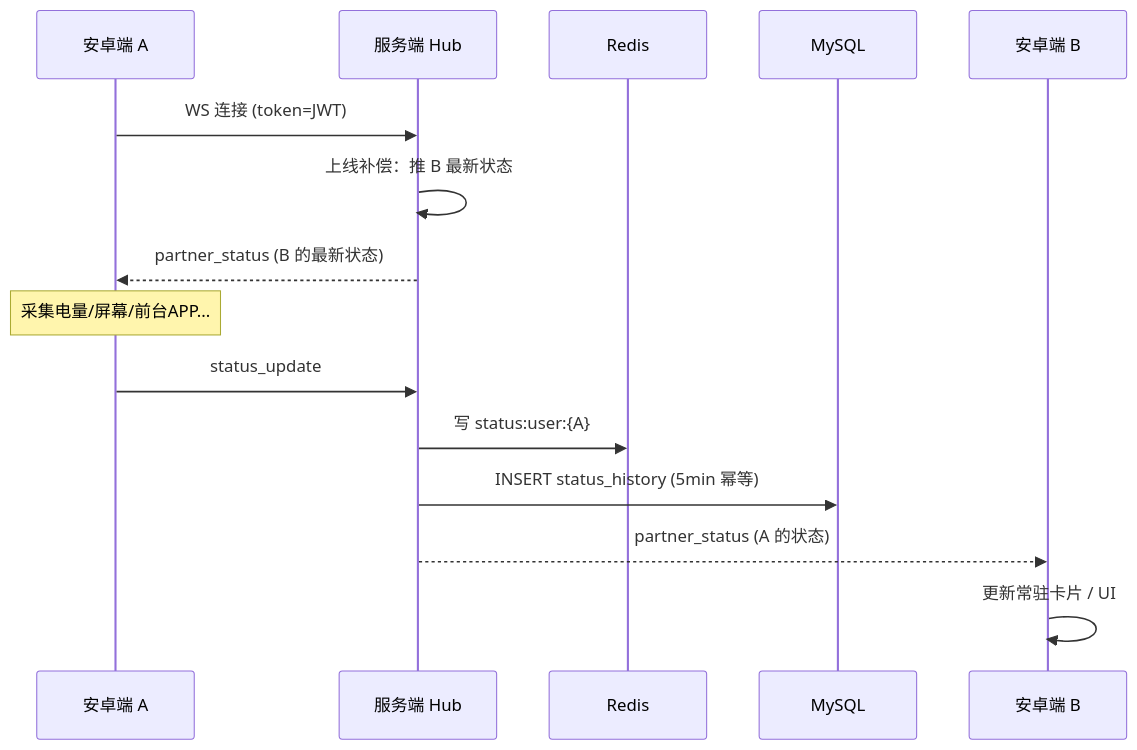
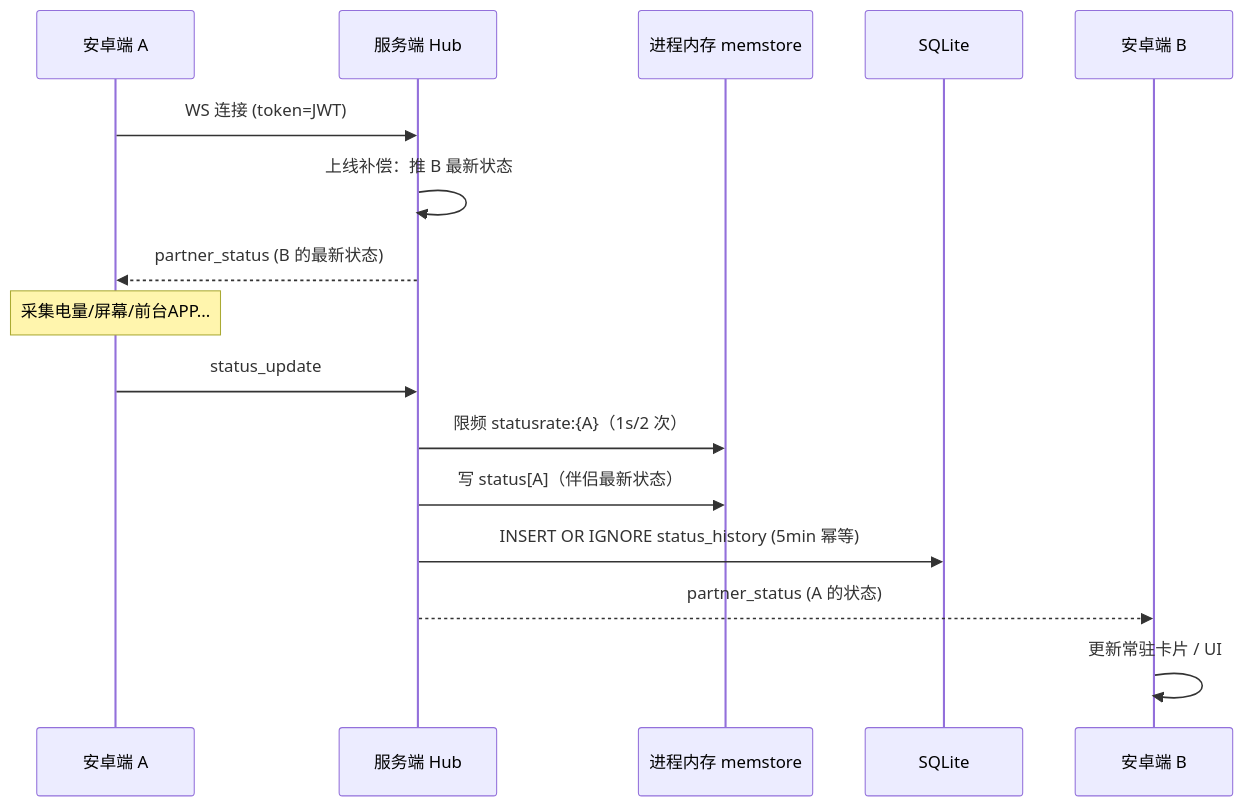
Before and after one commit to Lxii-Build/LxDay: the fifth of 10 diagrams in ARCHITECTURE.md, drawn with Mermaid. The commit also changed other lines of this file and 5 other files, not shown here.

````diff
--- a/ARCHITECTURE.md
+++ b/ARCHITECTURE.md
@@ -187,18 +474,19 @@
 ```mermaid
 sequenceDiagram
     participant A as 安卓端 A
     participant WS as 服务端 Hub
-    participant R as Redis
-    participant M as MySQL
+    participant R as 进程内存 memstore
+    participant M as SQLite
     participant B as 安卓端 B
 
     A->>WS: WS 连接 (token=JWT)
     WS->>WS: 上线补偿：推 B 最新状态
     WS-->>A: partner_status (B 的最新状态)
     Note over A: 采集电量/屏幕/前台APP...
     A->>WS: status_update
-    WS->>R: 写 status:user:{A}
-    WS->>M: INSERT status_history (5min 幂等)
+    WS->>R: 限频 statusrate:{A}（1s/2 次）
+    WS->>R: 写 status[A]（伴侣最新状态）
+    WS->>M: INSERT OR IGNORE status_history (5min 幂等)
     WS-->>B: partner_status (A 的状态)
     B->>B: 更新常驻卡片 / UI
 ```
````
